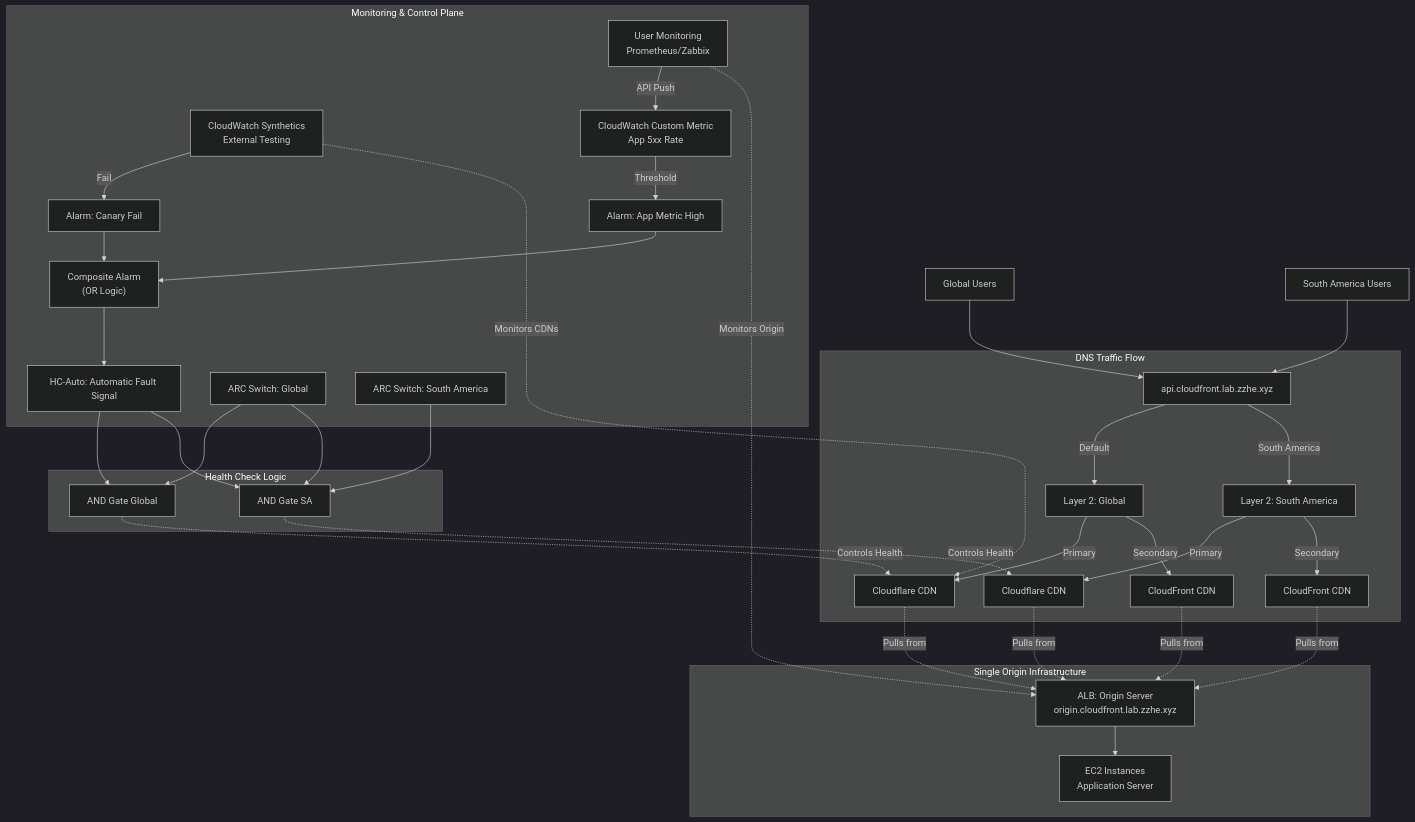
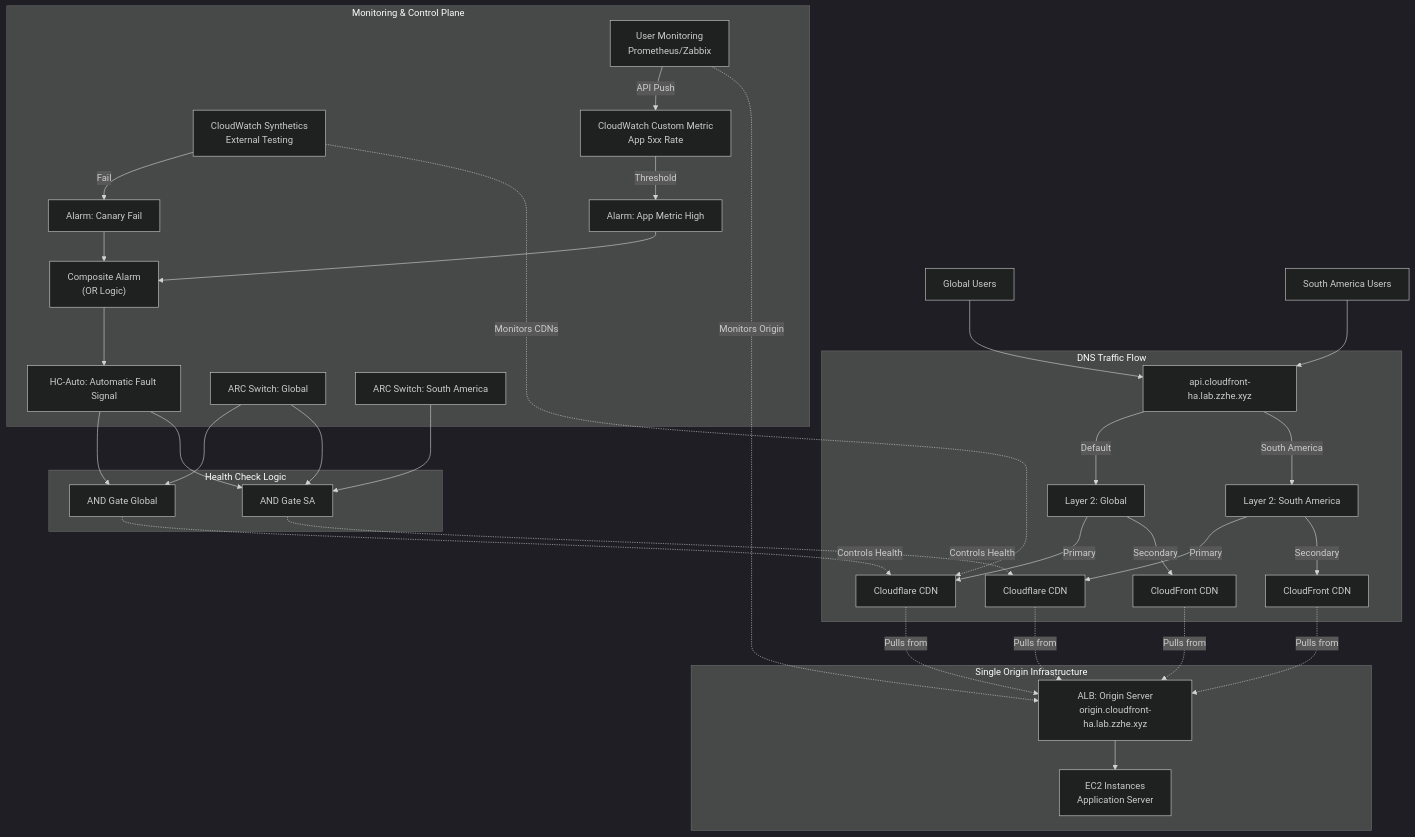
Before and after one commit to zhang1980s/aws-multi-cdn-control-lab: the diagram in README.md, drawn with Mermaid (dark theme). The commit also changed other lines of this file and 1 other file, not shown here.

First line of the commit message:
Update domain names: Change from cloudfront.lab.zzhe.xyz to cloudfront-ha.lab.zzhe.xyz

````diff
--- a/README.md
+++ b/README.md
@@ -37,64 +37,64 @@
 ```mermaid
 graph TD
     UserGlobal[Global Users]
     UserSA[South America Users]
 
     UserGlobal --> R53_Entry
     UserSA --> R53_Entry
 
     subgraph DNS["DNS Traffic Flow"]
-        R53_Entry["api.cloudfront.lab.zzhe.xyz"] -->|Default| R53_Global["Layer 2: Global"]
+        R53_Entry["api.cloudfront-ha.lab.zzhe.xyz"] -->|Default| R53_Global["Layer 2: Global"]
         R53_Entry -->|South America| R53_SA["Layer 2: South America"]
 
         R53_Global -->|Primary| CF_Global[Cloudflare CDN]
         R53_Global -->|Secondary| AWS_Global[CloudFront CDN]
 
         R53_SA -->|Primary| CF_SA[Cloudflare CDN]
         R53_SA -->|Secondary| AWS_SA[CloudFront CDN]
     end
 
     subgraph Origin["Single Origin Infrastructure"]
-        ALB_Origin["ALB: Origin Server<br/>origin.cloudfront.lab.zzhe.xyz"]
+        ALB_Origin["ALB: Origin Server<br/>origin.cloudfront-ha.lab.zzhe.xyz"]
         EC2_Origin["EC2 Instances<br/>Application Server"]
 
         ALB_Origin --> EC2_Origin
     end
 
     subgraph Monitor["Monitoring & Control Plane"]
         CW_Canary["CloudWatch Synthetics<br/>External Testing"] -->|Fail| Alarm_AWS["Alarm: Canary Fail"]
 
         User_Sys["User Monitoring<br/>Prometheus/Zabbix"] -->|API Push| CW_Metric["CloudWatch Custom Metric<br/>App 5xx Rate"]
         CW_Metric -->|Threshold| Alarm_User["Alarm: App Metric High"]
 
         Alarm_AWS --> Composite_Alarm["Composite Alarm<br/>(OR Logic)"]
         Alarm_User --> Composite_Alarm
 
         Composite_Alarm --> HC_Auto["HC-Auto: Automatic Fault Signal"]
 
         ARC_Global["ARC Switch: Global"]
         ARC_SA["ARC Switch: South America"]
     end
 
     subgraph Logic["Health Check Logic"]
         HC_Auto --> Calc_G["AND Gate Global"]
         ARC_Global --> Calc_G
 
         HC_Auto --> Calc_SA["AND Gate SA"]
         ARC_Global --> Calc_SA
         ARC_SA --> Calc_SA
     end
 
     %% Both CDNs pull from single origin
     CF_Global -.->|Pulls from| ALB_Origin
     AWS_Global -.->|Pulls from| ALB_Origin
     CF_SA -.->|Pulls from| ALB_Origin
     AWS_SA -.->|Pulls from| ALB_Origin
 
     %% Health checks monitor CDN availability (not origin)
     Calc_G -.->|Controls Health| CF_Global
     Calc_SA -.->|Controls Health| CF_SA
 
     %% Origin monitoring (single origin)
     CW_Canary -.->|Monitors CDNs| CF_Global
     User_Sys -.->|Monitors Origin| ALB_Origin
 ```
````
